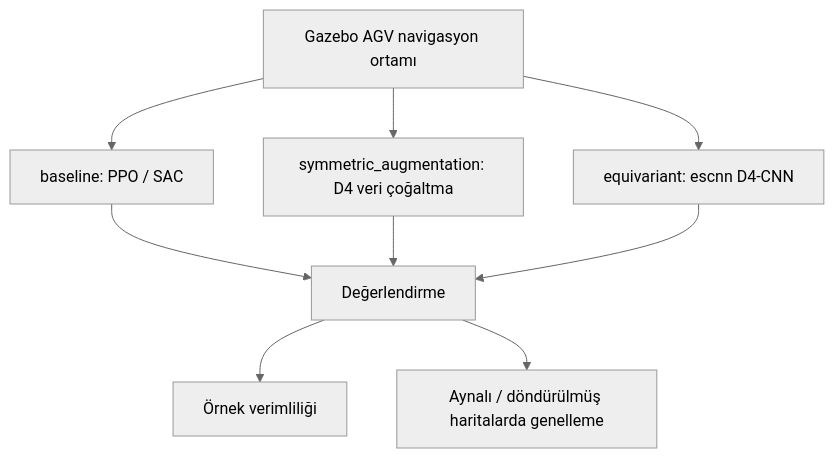
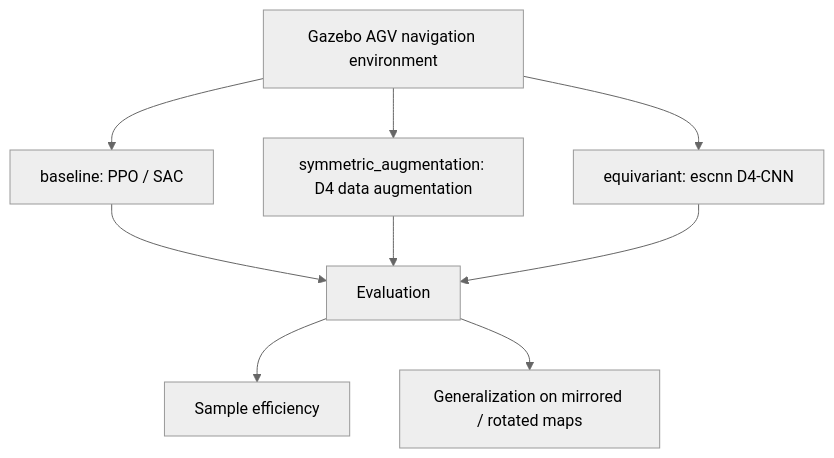
Before and after one commit to GulogluHaktan/AGV: the diagram in README.md, drawn with Mermaid (neutral theme). The commit also changed other lines of this file and 1 other file, not shown here.

````diff
--- a/README.md
+++ b/README.md
@@ -28,11 +30,11 @@
 ```mermaid
 flowchart TD
-  M["Gazebo AGV navigasyon ortamı"] --> K1["baseline: PPO / SAC"]
-  M --> K2["symmetric_augmentation: D4 veri çoğaltma"]
+  M["Gazebo AGV navigation environment"] --> K1["baseline: PPO / SAC"]
+  M --> K2["symmetric_augmentation: D4 data augmentation"]
   M --> K3["equivariant: escnn D4-CNN"]
-  K1 --> EV["Değerlendirme"]
+  K1 --> EV["Evaluation"]
   K2 --> EV
   K3 --> EV
-  EV --> O1["Örnek verimliliği"]
-  EV --> O2["Aynalı / döndürülmüş haritalarda genelleme"]
+  EV --> O1["Sample efficiency"]
+  EV --> O2["Generalization on mirrored / rotated maps"]
 ```
````
